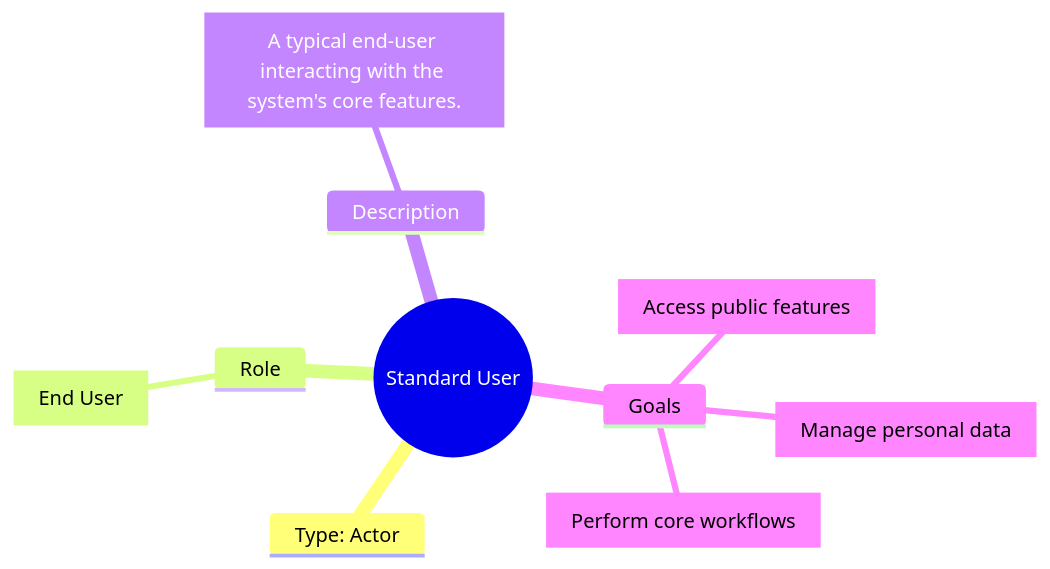
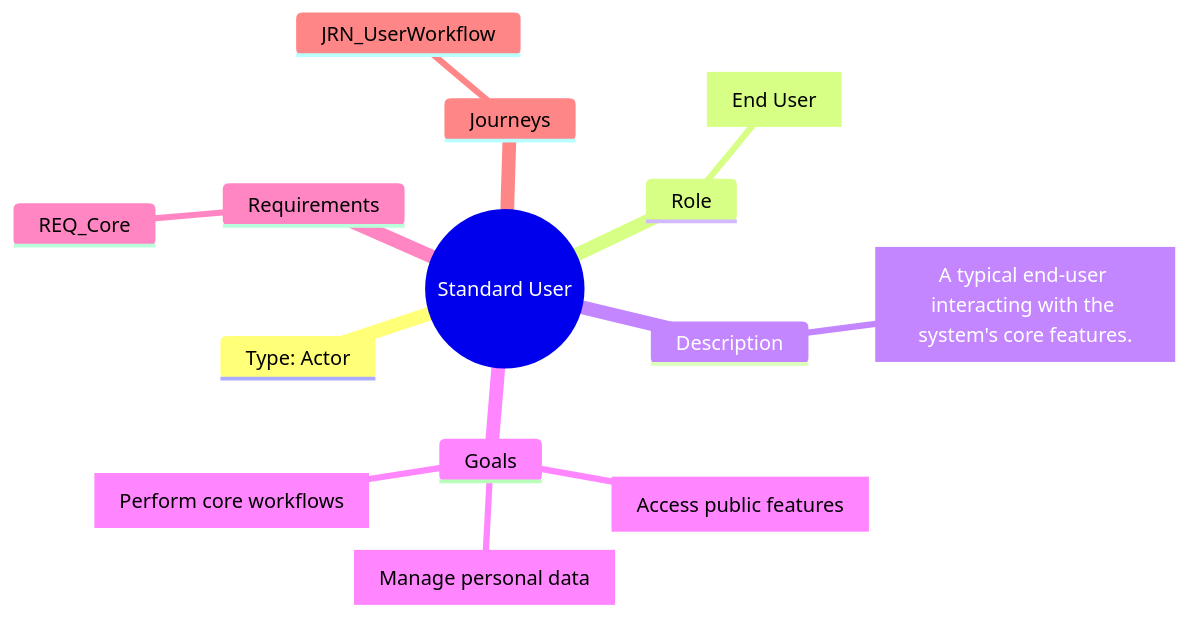
Before and after one commit to futurefoundai/foundryspec: the diagram in packages/core/templates/scaffolds/personas/PER_User.mermaid, drawn with Mermaid. The commit also changed 14 other files, not shown here.

```diff
--- a/packages/core/templates/scaffolds/personas/PER_User.mermaid
+++ b/packages/core/templates/scaffolds/personas/PER_User.mermaid
@@ -1,16 +1,20 @@
 ---
 title: Standard User
 description: A typical end-user of the system.
 id: "PER_User"
 ---
 mindmap
   PER_User((Standard User))
     Type: Actor
     Role
       ROLE["End User"]
     Description
       DESCRIPTION["A typical end-user interacting with the system's core features."]
     Goals
       GOAL_1["Access public features"]
       GOAL_2["Manage personal data"]
       GOAL_3["Perform core workflows"]
+    Requirements
+      REQ_Core
+    Journeys
+      JRN_UserWorkflow
```
